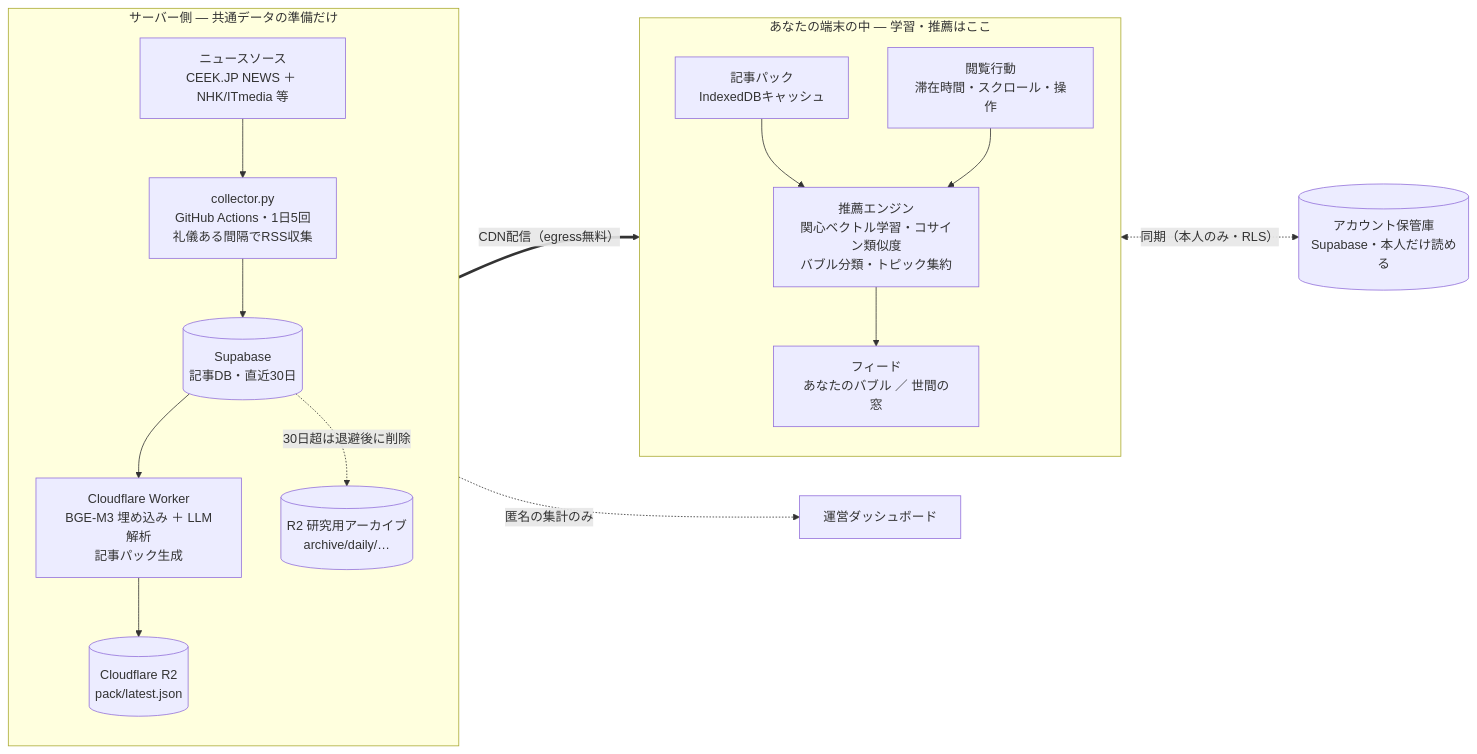
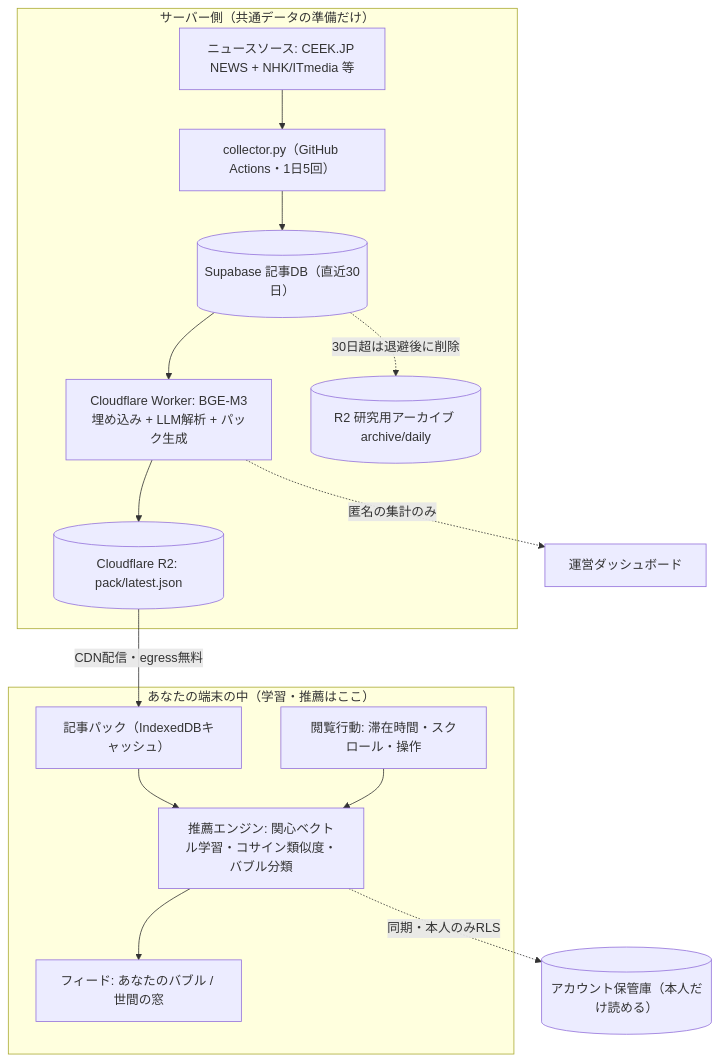
Before and after one commit to wildriver/OwnNews: the diagram in README.md, drawn with Mermaid.

Commit message:
docs: Mermaid図をGitHub互換の構文に修正（太線/双方向点線/direction指定を排除）

````diff
--- a/README.md
+++ b/README.md
@@ -29,30 +29,28 @@
 ```mermaid
-flowchart LR
-    subgraph SERVER["サーバー側 — 共通データの準備だけ"]
-        direction TB
-        RSS["ニュースソース<br/>CEEK.JP NEWS ＋ NHK/ITmedia 等"]
-        COL["collector.py<br/>GitHub Actions・1日5回<br/>礼儀ある間隔でRSS収集"]
-        DB[("Supabase<br/>記事DB・直近30日")]
-        WK["Cloudflare Worker<br/>BGE-M3 埋め込み ＋ LLM解析<br/>記事パック生成"]
-        R2[("Cloudflare R2<br/>pack/latest.json")]
-        ARC[("R2 研究用アーカイブ<br/>archive/daily/…")]
+flowchart TD
+    subgraph SERVER["サーバー側（共通データの準備だけ）"]
+        RSS["ニュースソース: CEEK.JP NEWS + NHK/ITmedia 等"]
+        COL["collector.py（GitHub Actions・1日5回）"]
+        DB[("Supabase 記事DB（直近30日）")]
+        WK["Cloudflare Worker: BGE-M3埋め込み + LLM解析 + パック生成"]
+        R2[("Cloudflare R2: pack/latest.json")]
+        ARC[("R2 研究用アーカイブ archive/daily")]
         RSS --> COL --> DB --> WK --> R2
-        DB -. "30日超は退避後に削除" .-> ARC
+        DB -.->|"30日超は退避後に削除"| ARC
     end
 
-    R2 == "CDN配信（egress無料）" ==> CACHE
+    R2 -->|"CDN配信・egress無料"| CACHE
 
-    subgraph BROWSER["あなたの端末の中 — 学習・推薦はここ"]
-        direction TB
-        CACHE["記事パック<br/>IndexedDBキャッシュ"]
-        BEHAVE["閲覧行動<br/>滞在時間・スクロール・操作"]
-        ENGINE["推薦エンジン<br/>関心ベクトル学習・コサイン類似度<br/>バブル分類・トピック集約"]
-        FEED["フィード<br/>あなたのバブル ／ 世間の窓"]
+    subgraph BROWSER["あなたの端末の中（学習・推薦はここ）"]
+        CACHE["記事パック（IndexedDBキャッシュ）"]
+        BEHAVE["閲覧行動: 滞在時間・スクロール・操作"]
+        ENGINE["推薦エンジン: 関心ベクトル学習・コサイン類似度・バブル分類"]
+        FEED["フィード: あなたのバブル / 世間の窓"]
         CACHE --> ENGINE
         BEHAVE --> ENGINE
         ENGINE --> FEED
     end
 
-    ENGINE <-. "同期（本人のみ・RLS）" .-> VAULT[("アカウント保管庫<br/>Supabase・本人だけ読める")]
-    WK -. "匿名の集計のみ" .-> ADMIN["運営ダッシュボード"]
+    ENGINE -.->|"同期・本人のみRLS"| VAULT[("アカウント保管庫（本人だけ読める）")]
+    WK -.->|"匿名の集計のみ"| ADMIN["運営ダッシュボード"]
 ```
````
